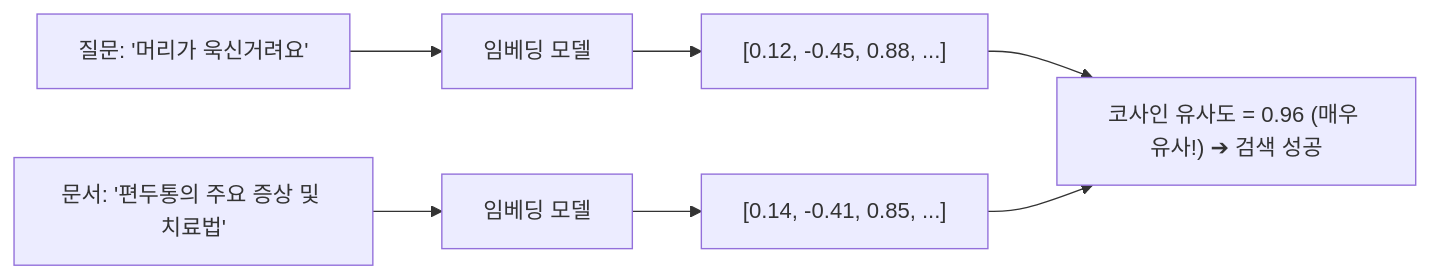
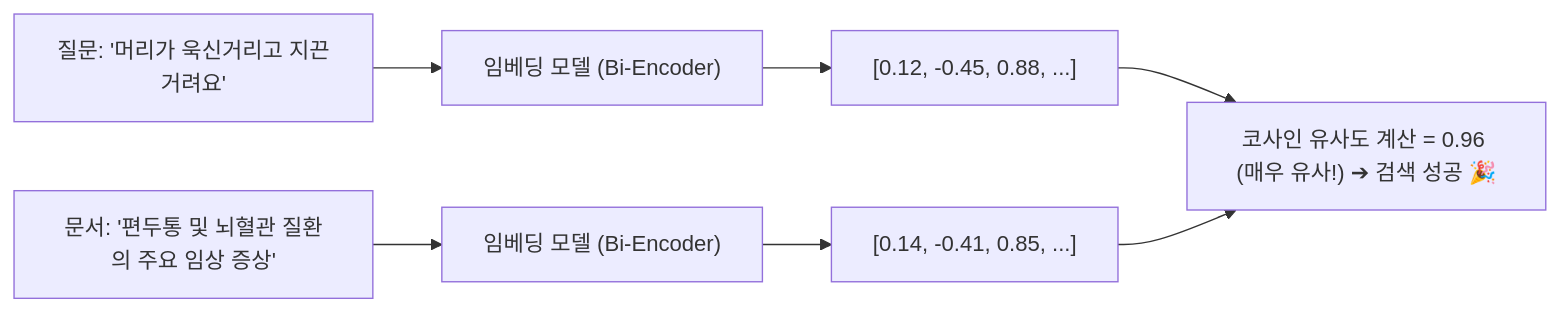
Before and after one commit to sing-u8/AI-Engineering: the second of 3 diagrams in chapter-qa/ch06-rag-and-agents-qa/01-rag-architecture-and-retrieval-algorithms.md, drawn with Mermaid. The commit also changed other lines of this file and 25 other files, not shown here.

````diff
--- a/chapter-qa/ch06-rag-and-agents-qa/01-rag-architecture-and-retrieval-algorithms.md
+++ b/chapter-qa/ch06-rag-and-agents-qa/01-rag-architecture-and-retrieval-algorithms.md
@@ -104,6 +106,6 @@
 ```mermaid
 flowchart LR
-    Q["질문: '머리가 욱신거려요'"] --> EQ["임베딩 모델"] --> VQ["[0.12, -0.45, 0.88, ...]"]
-    Doc["문서: '편두통의 주요 증상 및 치료법'"] --> ED["임베딩 모델"] --> VD["[0.14, -0.41, 0.85, ...]"]
-    VQ & VD --> CosSim["코사인 유사도 = 0.96 (매우 유사!) ➔ 검색 성공"]
+    Q["질문: '머리가 욱신거리고 지끈거려요'"] --> EQ["임베딩 모델 (Bi-Encoder)"] --> VQ["[0.12, -0.45, 0.88, ...]"]
+    Doc["문서: '편두통 및 뇌혈관 질환의 주요 임상 증상'"] --> ED["임베딩 모델 (Bi-Encoder)"] --> VD["[0.14, -0.41, 0.85, ...]"]
+    VQ & VD --> CosSim["코사인 유사도 계산 = 0.96 (매우 유사!) ➔ 검색 성공 🎉"]
 ```
````
